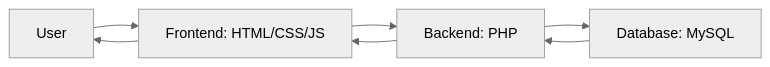
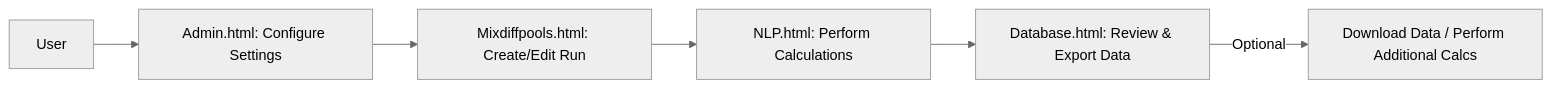
One commit to Blub5/Nextseq changed the diagram in README.md. Above: the diagram before and after it, drawn with Mermaid (neutral theme). The commit also changed other lines of this file, not shown here.

````diff
--- a/README.md
+++ b/README.md
@@ -115,9 +102,8 @@
 ```mermaid
 graph LR
-    A[User] --> B[Frontend: HTML/CSS/JS]
-    B --> C[Backend: PHP]
-    C --> D[Database: MySQL]
-    D --> C
-    C --> B
-    B --> A
+    A[User] --> B[Admin.html: Configure Settings]
+    B --> C[Mixdiffpools.html: Create/Edit Run]
+    C --> D[NLP.html: Perform Calculations]
+    D --> E[Database.html: Review & Export Data]
+    E -->|Optional| F[Download Data / Perform Additional Calcs]
 ```
````
